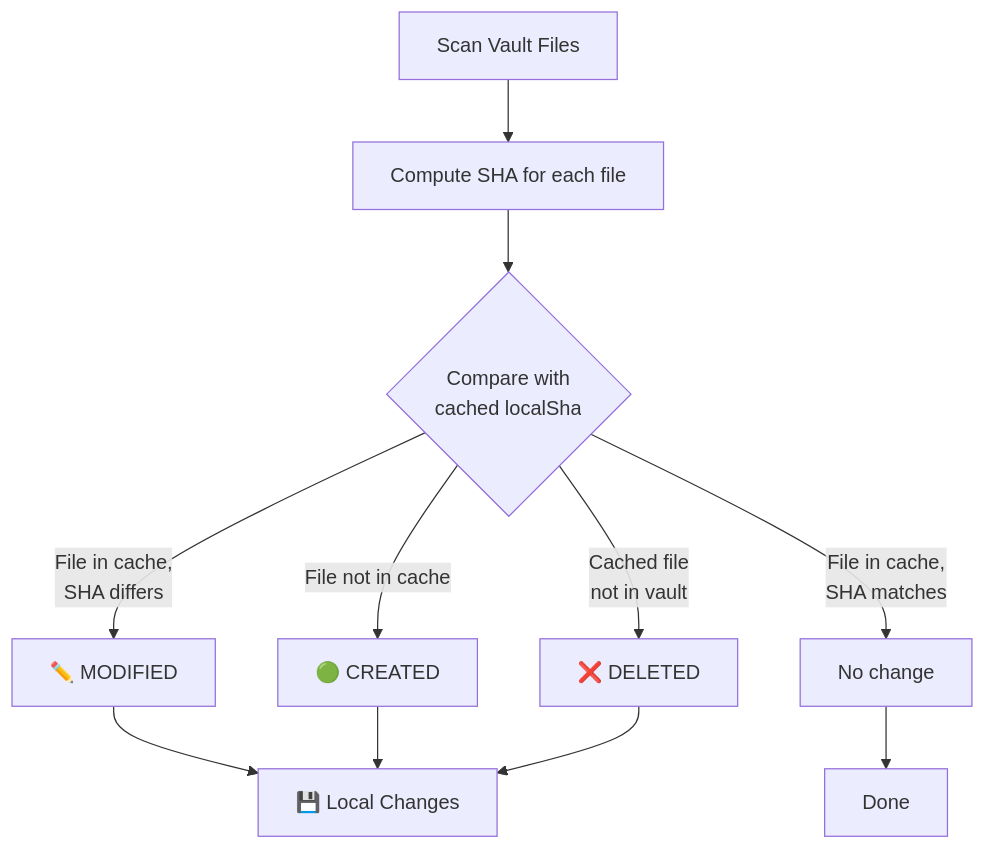
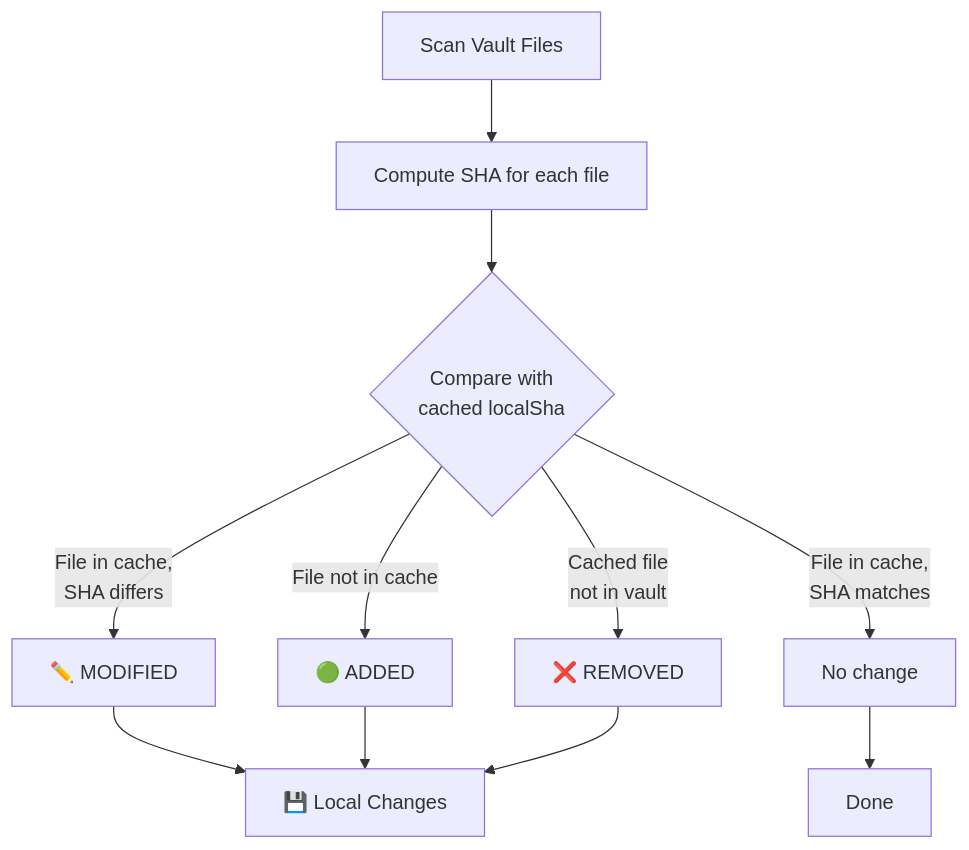
The second of 5 diagrams in docs/sync-logic.md (joshuakto/fit), drawn with Mermaid before and after one commit. The commit also changed other lines of this file and 13 other files, not shown here.

````diff
--- a/docs/sync-logic.md
+++ b/docs/sync-logic.md
@@ -109,15 +109,15 @@
 ```mermaid
 flowchart TD
     Start[Scan Vault Files] --> ComputeSHA[Compute SHA for each file]
     ComputeSHA --> Compare{Compare with<br/>cached localSha}
 
     Compare -->|File in cache,<br/>SHA differs| Modified[✏️ MODIFIED]
-    Compare -->|File not in cache| Created[🟢 CREATED]
-    Compare -->|Cached file<br/>not in vault| Deleted[❌ DELETED]
+    Compare -->|File not in cache| Added[🟢 ADDED]
+    Compare -->|Cached file<br/>not in vault| Removed[❌ REMOVED]
     Compare -->|File in cache,<br/>SHA matches| NoChange[No change]
 
     Modified --> Result[💾 Local Changes]
-    Created --> Result
-    Deleted --> Result
+    Added --> Result
+    Removed --> Result
     NoChange --> End[Done]
 ```
````
